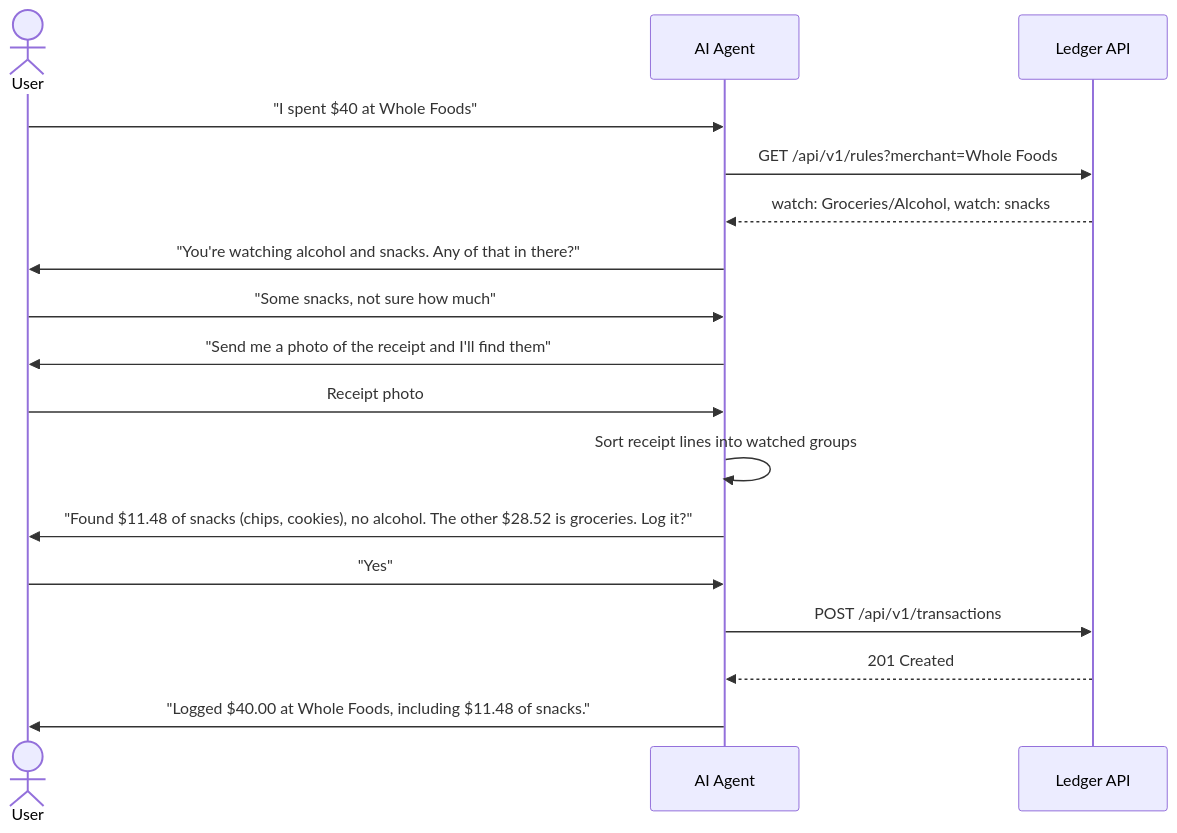
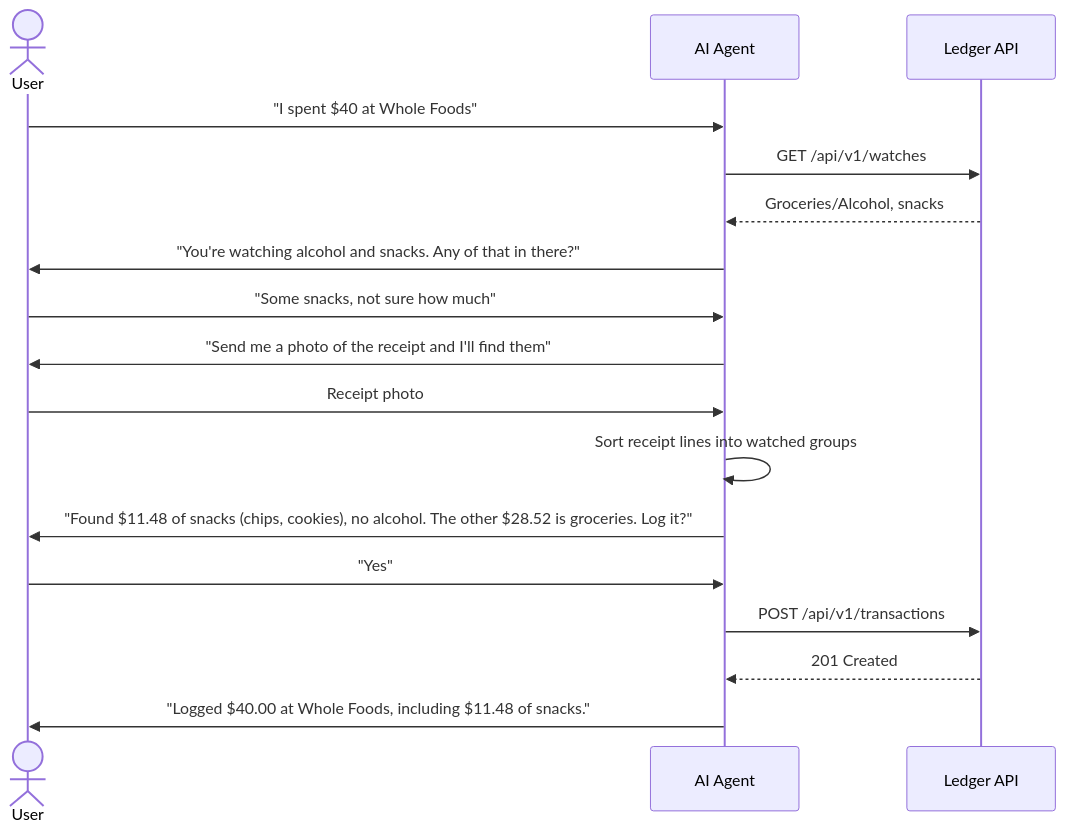
One commit to np25071984/kept changed the second of 3 diagrams in docs/VISION.md. Above: the diagram before and after it, drawn with Mermaid. The commit also changed other lines of this file and 43 other files, not shown here.

````diff
--- a/docs/VISION.md
+++ b/docs/VISION.md
@@ -203,20 +203,20 @@
 ```mermaid
 sequenceDiagram
     actor User
     participant AI as AI Agent
     participant API as Ledger API
 
     User->>AI: "I spent $40 at Whole Foods"
-    AI->>API: GET /api/v1/rules?merchant=Whole Foods
-    API-->>AI: watch: Groceries/Alcohol, watch: snacks
+    AI->>API: GET /api/v1/watches
+    API-->>AI: Groceries/Alcohol, snacks
     AI->>User: "You're watching alcohol and snacks. Any of that in there?"
     User->>AI: "Some snacks, not sure how much"
     AI->>User: "Send me a photo of the receipt and I'll find them"
     User->>AI: Receipt photo
     AI->>AI: Sort receipt lines into watched groups
     AI->>User: "Found $11.48 of snacks (chips, cookies), no alcohol. The other $28.52 is groceries. Log it?"
     User->>AI: "Yes"
     AI->>API: POST /api/v1/transactions
     API-->>AI: 201 Created
     AI->>User: "Logged $40.00 at Whole Foods, including $11.48 of snacks."
 ```
````
